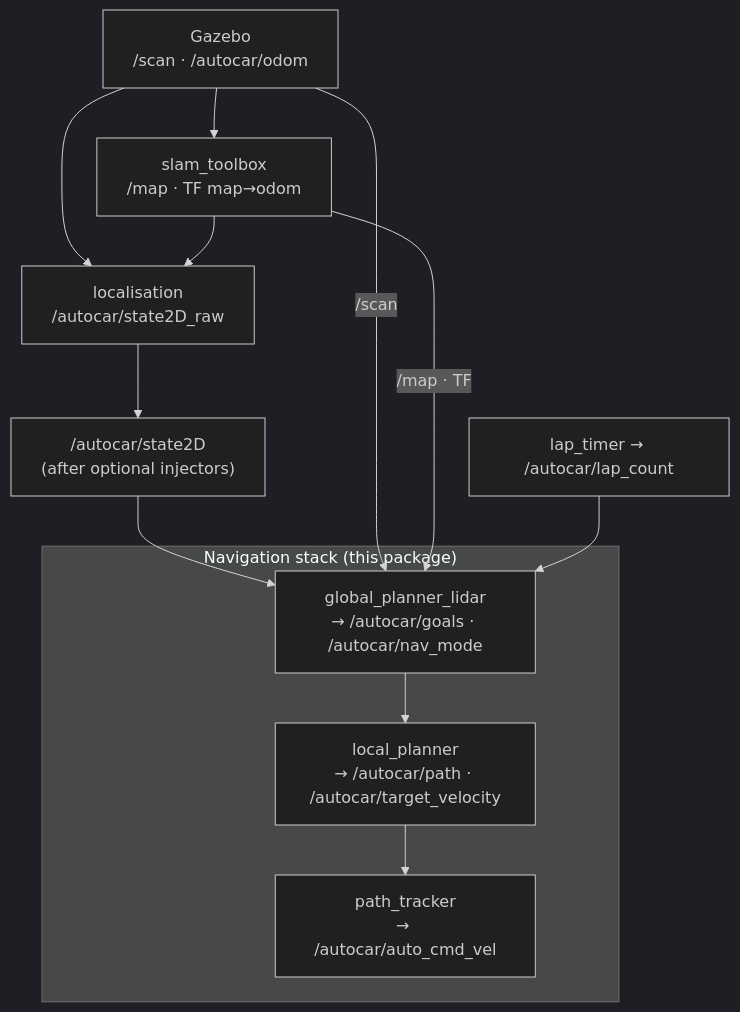
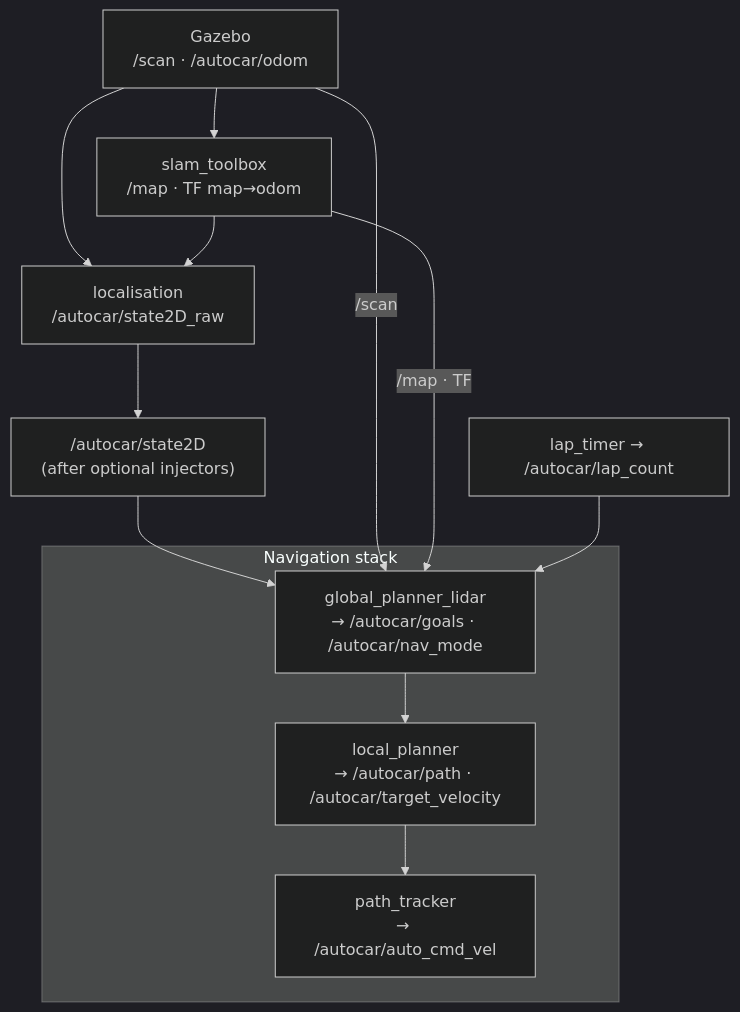
One commit to mlatoundji/High-speed-autonomous-racing-SONIC-ROS2 changed the first of 2 diagrams in src/AutoCarROS2/autocar_nav_pure_pursuit_lidar/README.md. Above: the diagram before and after it, drawn with Mermaid (dark theme). The commit also changed 11 other files, not shown here.

````diff
--- a/src/AutoCarROS2/autocar_nav_pure_pursuit_lidar/README.md
+++ b/src/AutoCarROS2/autocar_nav_pure_pursuit_lidar/README.md
@@ -22,26 +22,26 @@
 ```mermaid
 flowchart TB
     GZ["Gazebo<br/>/scan · /autocar/odom"]
 
     ST["slam_toolbox<br/>/map · TF map→odom"]
     LOC["localisation<br/>/autocar/state2D_raw"]
     S2D["/autocar/state2D<br/>(after optional injectors)"]
 
-    subgraph stack ["Navigation stack (this package)"]
+    subgraph stack ["Navigation stack"]
         GPL["global_planner_lidar<br/>→ /autocar/goals · /autocar/nav_mode"]
         LP["local_planner<br/>→ /autocar/path · /autocar/target_velocity"]
         TRK["path_tracker<br/>→ /autocar/auto_cmd_vel"]
         GPL --> LP --> TRK
     end
 
     LAP["lap_timer → /autocar/lap_count"]
 
     GZ --> ST
     GZ --> LOC
     ST --> LOC
     LOC --> S2D
     S2D --> GPL
     GZ -->|/scan| GPL
     ST -->|/map · TF| GPL
     LAP --> GPL
 ```
````
